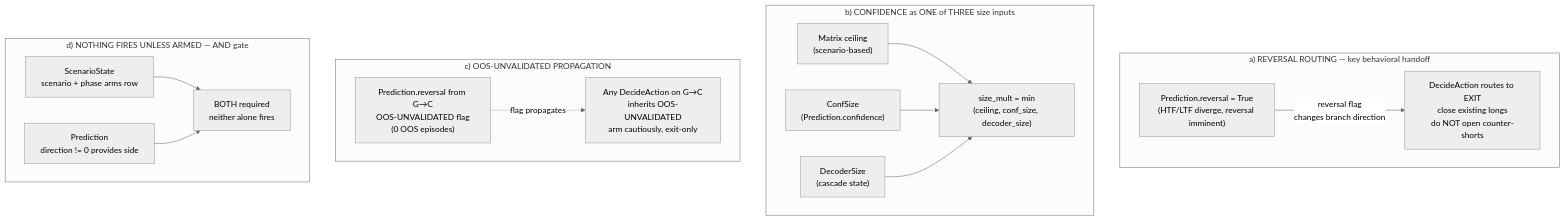
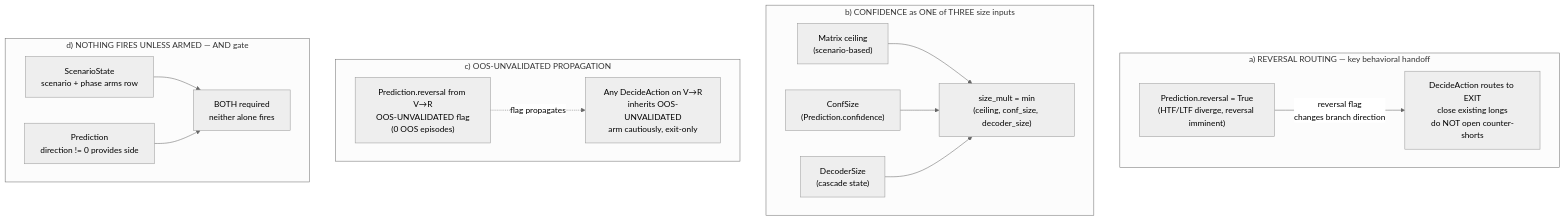
Diagram 14 of 19 in references/ARCHITECTURE.md (Terrypang89/BB_MTF_M15_STRATEGY), drawn with Mermaid (neutral theme) before and after one commit. The commit also changed other lines of this file and 12 other files, not shown here.

````diff
--- a/references/ARCHITECTURE.md
+++ b/references/ARCHITECTURE.md
@@ -970,32 +970,32 @@
 ```mermaid
 flowchart TD
     subgraph A["a) REVERSAL ROUTING — key behavioral handoff"]
         P4a["Prediction.reversal = True<br/>(HTF/LTF diverge, reversal imminent)"]
         P5a["DecideAction routes to EXIT<br/>close existing longs<br/>do NOT open counter-shorts"]
         P4a -->|"reversal flag<br/>changes branch direction"| P5a
     end
 
     subgraph B["b) CONFIDENCE as ONE of THREE size inputs"]
-        B1["Matrix ceiling<br/>(scenario-based)"]
-        B2["ConfSize<br/>(Prediction.confidence)"]
-        B3["DecoderSize<br/>(cascade state)"]
+        S1["Matrix ceiling<br/>(scenario-based)"]
+        S2["ConfSize<br/>(Prediction.confidence)"]
+        S3["DecoderSize<br/>(cascade state)"]
         B4["size_mult = min<br/>(ceiling, conf_size, decoder_size)"]
-        B1 --> B4
-        B2 --> B4
-        B3 --> B4
+        S1 --> B4
+        S2 --> B4
+        S3 --> B4
     end
 
     subgraph C["c) OOS-UNVALIDATED PROPAGATION"]
-        P4c["Prediction.reversal from G→C<br/>OOS-UNVALIDATED flag<br/>(0 OOS episodes)"]
-        P5c["Any DecideAction on G→C<br/>inherits OOS-UNVALIDATED<br/>arm cautiously, exit-only"]
+        P4c["Prediction.reversal from V→R<br/>OOS-UNVALIDATED flag<br/>(0 OOS episodes)"]
+        P5c["Any DecideAction on V→R<br/>inherits OOS-UNVALIDATED<br/>arm cautiously, exit-only"]
         P4c -.->|"flag propagates"| P5c
     end
 
     subgraph D["d) NOTHING FIRES UNLESS ARMED — AND gate"]
         D1["ScenarioState<br/>scenario + phase arms row"]
         D2["Prediction<br/>direction != 0 provides side"]
         D3["BOTH required<br/>neither alone fires"]
         D1 --> D3
         D2 --> D3
     end
 ```
````
